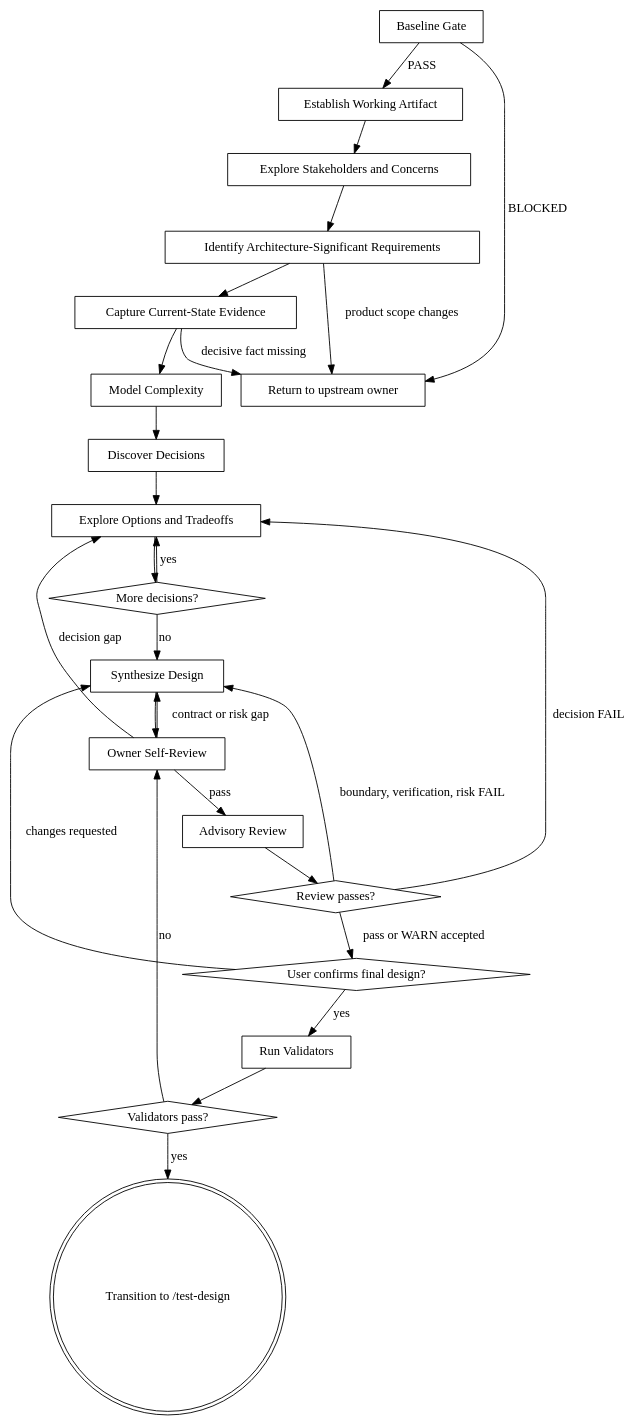
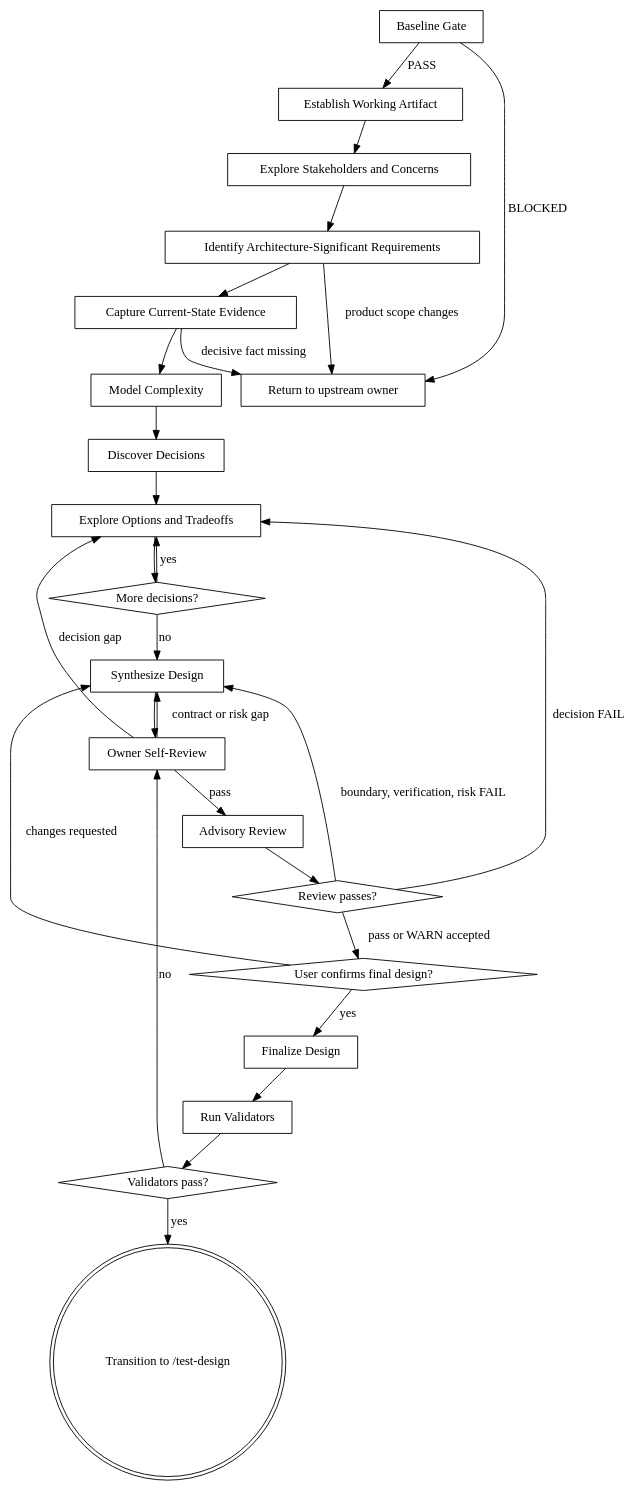
One commit to jieli-cqwl/org-claude-skills changed the diagram in shared/skills/design/SKILL.md. Above: the diagram before and after it, drawn with Graphviz. The commit also changed other lines of this file and 29 other files, not shown here.

````diff
--- a/shared/skills/design/SKILL.md
+++ b/shared/skills/design/SKILL.md
@@ -41,49 +49,51 @@
 ```dot
 digraph design {
     "Baseline Gate" [shape=box];
     "Return to upstream owner" [shape=box];
     "Establish Working Artifact" [shape=box];
     "Explore Stakeholders and Concerns" [shape=box];
     "Identify Architecture-Significant Requirements" [shape=box];
     "Capture Current-State Evidence" [shape=box];
     "Model Complexity" [shape=box];
     "Discover Decisions" [shape=box];
     "Explore Options and Tradeoffs" [shape=box];
     "More decisions?" [shape=diamond];
     "Synthesize Design" [shape=box];
     "Owner Self-Review" [shape=box];
     "Advisory Review" [shape=box];
     "Review passes?" [shape=diamond];
     "User confirms final design?" [shape=diamond];
+    "Finalize Design" [shape=box];
     "Run Validators" [shape=box];
     "Validators pass?" [shape=diamond];
     "Transition to /test-design" [shape=doublecircle];
 
     "Baseline Gate" -> "Return to upstream owner" [label="BLOCKED"];
     "Baseline Gate" -> "Establish Working Artifact" [label="PASS"];
     "Establish Working Artifact" -> "Explore Stakeholders and Concerns";
     "Explore Stakeholders and Concerns" -> "Identify Architecture-Significant Requirements";
     "Identify Architecture-Significant Requirements" -> "Return to upstream owner" [label="product scope changes"];
     "Identify Architecture-Significant Requirements" -> "Capture Current-State Evidence";
     "Capture Current-State Evidence" -> "Return to upstream owner" [label="decisive fact missing"];
     "Capture Current-State Evidence" -> "Model Complexity";
     "Model Complexity" -> "Discover Decisions";
     "Discover Decisions" -> "Explore Options and Tradeoffs";
     "Explore Options and Tradeoffs" -> "More decisions?";
     "More decisions?" -> "Explore Options and Tradeoffs" [label="yes"];
     "More decisions?" -> "Synthesize Design" [label="no"];
     "Synthesize Design" -> "Owner Self-Review";
     "Owner Self-Review" -> "Explore Options and Tradeoffs" [label="decision gap"];
     "Owner Self-Review" -> "Synthesize Design" [label="contract or risk gap"];
     "Owner Self-Review" -> "Advisory Review" [label="pass"];
     "Advisory Review" -> "Review passes?";
     "Review passes?" -> "Explore Options and Tradeoffs" [label="decision FAIL"];
     "Review passes?" -> "Synthesize Design" [label="boundary, verification, risk FAIL"];
     "Review passes?" -> "User confirms final design?" [label="pass or WARN accepted"];
     "User confirms final design?" -> "Synthesize Design" [label="changes requested"];
-    "User confirms final design?" -> "Run Validators" [label="yes"];
+    "User confirms final design?" -> "Finalize Design" [label="yes"];
+    "Finalize Design" -> "Run Validators";
     "Run Validators" -> "Validators pass?";
     "Validators pass?" -> "Owner Self-Review" [label="no"];
     "Validators pass?" -> "Transition to /test-design" [label="yes"];
 }
 ```
````
